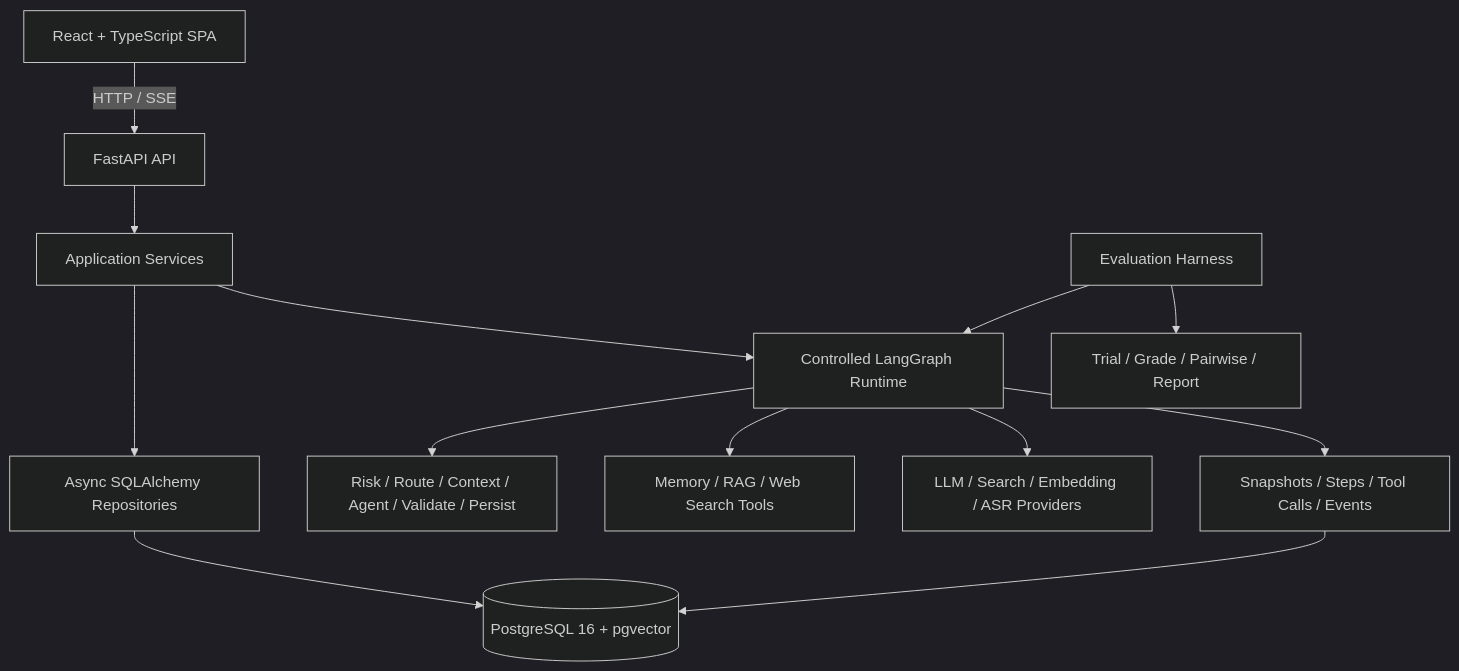
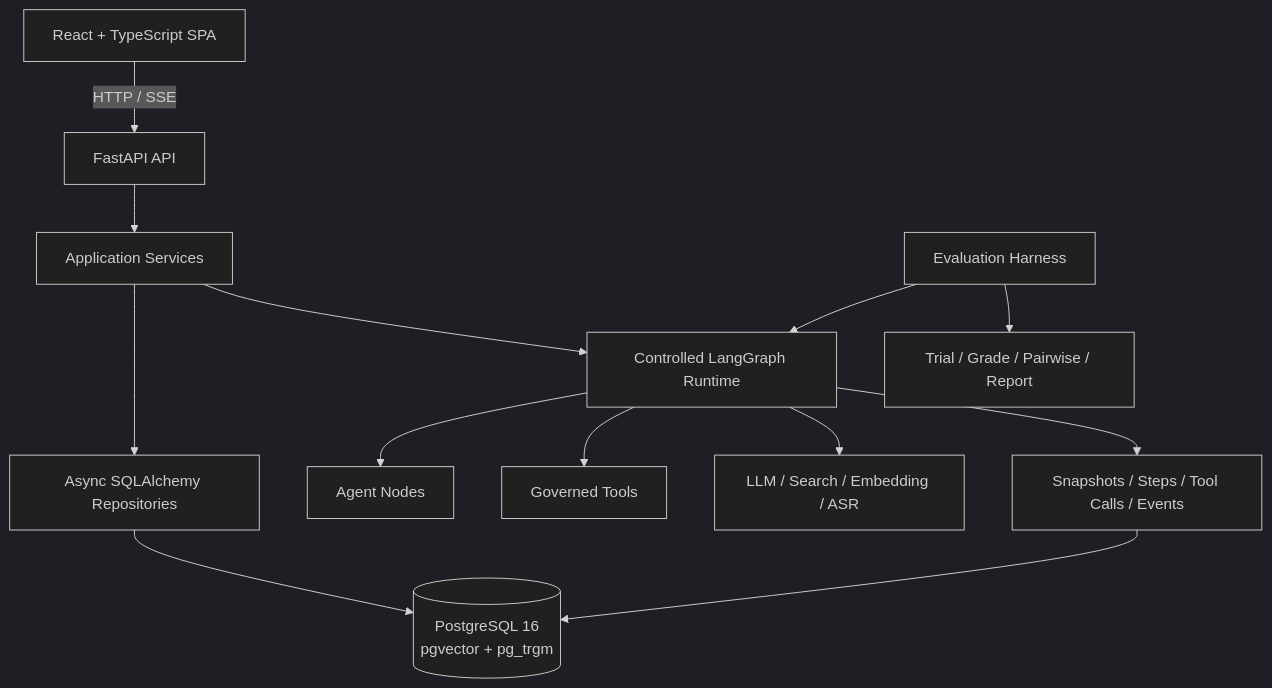
One commit to HHHAnQi/career-planning-buddy changed the second of 2 diagrams in README.md. Above: the diagram before and after it, drawn with Mermaid (dark theme). The commit also changed other lines of this file and 1 other file, not shown here.

````diff
--- a/README.md
+++ b/README.md
@@ -121,17 +132,17 @@
 ```mermaid
 flowchart TB
     UI[React + TypeScript SPA] -->|HTTP / SSE| API[FastAPI API]
     API --> SVC[Application Services]
     SVC --> REPO[Async SQLAlchemy Repositories]
-    REPO --> DB[(PostgreSQL 16 + pgvector)]
+    REPO --> DB[(PostgreSQL 16<br/>pgvector + pg_trgm)]
 
     SVC --> RT[Controlled LangGraph Runtime]
-    RT --> NODES[Risk / Route / Context / Agent / Validate / Persist]
-    RT --> TOOLS[Memory / RAG / Web Search Tools]
-    RT --> PROVIDERS[LLM / Search / Embedding / ASR Providers]
+    RT --> NODE[Agent Nodes]
+    RT --> TOOL[Governed Tools]
+    RT --> PROVIDER[LLM / Search / Embedding / ASR]
 
-    RT --> TRACE[Snapshots / Steps / Tool Calls / Events]
-    TRACE --> DB
+    RT --> OBS[Snapshots / Steps / Tool Calls / Events]
+    OBS --> DB
     EVAL[Evaluation Harness] --> RT
     EVAL --> REPORT[Trial / Grade / Pairwise / Report]
 ```
````
